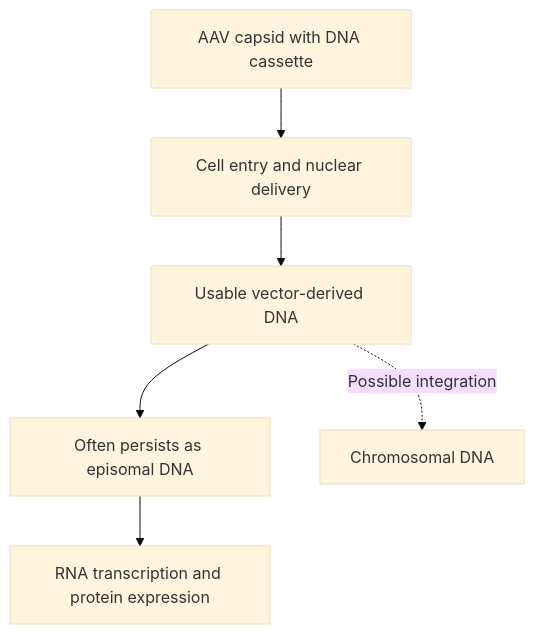
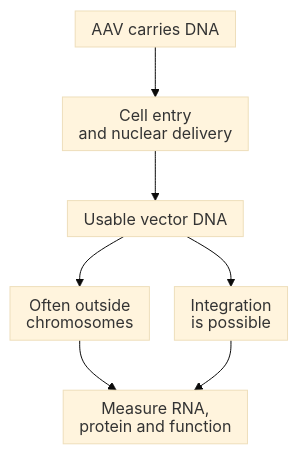
Before and after one commit to jasonLaster/oncoguide: the diagram in wiki/education/concepts/engineering-and-manufacturing/delivery-vehicles/aav-vector.md, drawn with Mermaid (base theme). The commit also changed other lines of this file and 43 other files, not shown here.

Commit message:
education: sync engineered-cell curriculum and native diagram settings

````diff
--- a/wiki/education/concepts/engineering-and-manufacturing/delivery-vehicles/aav-vector.md
+++ b/wiki/education/concepts/engineering-and-manufacturing/delivery-vehicles/aav-vector.md
@@ -38,8 +36,10 @@
 ```mermaid
+%%{init: {"htmlLabels":false,"flowchart":{"htmlLabels":false,"padding":8,"nodeSpacing":25}}}%%
 flowchart TD
-  A[AAV capsid with DNA cassette] --> B[Cell entry and nuclear delivery]
-  B --> C[Usable vector-derived DNA]
-  C --> D[Often persists as episomal DNA]
-  D --> E[RNA transcription and protein expression]
-  C -. Possible integration .-> F[Chromosomal DNA]
+  A["AAV carries DNA"] --> B["Cell entry<br/>and nuclear delivery"]
+  B --> C["Usable vector DNA"]
+  C --> D["Often outside<br/>chromosomes"]
+  C --> E["Integration<br/>is possible"]
+  D --> F["Measure RNA,<br/>protein and function"]
+  E --> F
 ```
````
